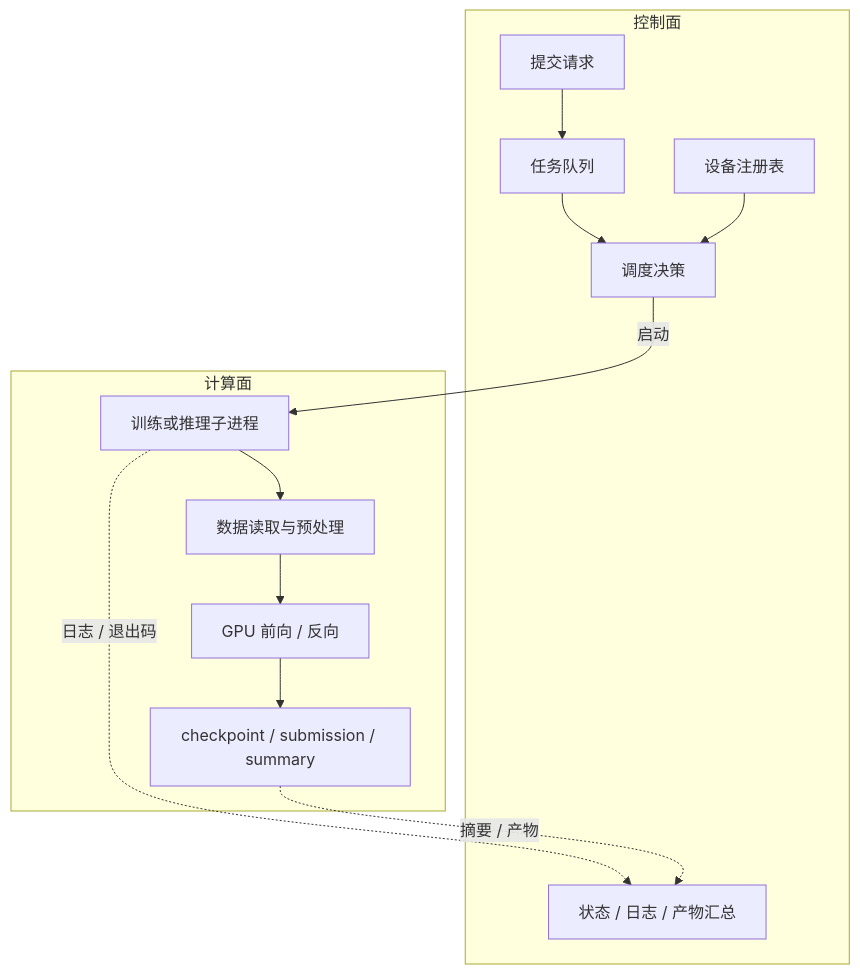
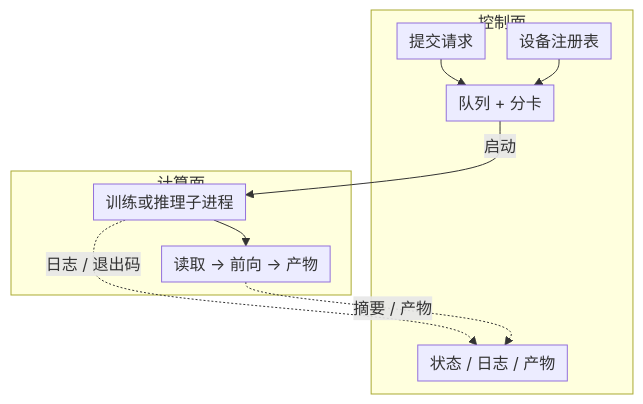
One commit to cixiy1/Yuki-blog changed the second of 9 diagrams in src/content/posts/chest-smart-diagnosis.md. Above: the diagram before and after it, drawn with Mermaid. The commit also changed other lines of this file, not shown here.

First line of the commit message:
fix(posts): 架构图在深色模式下字太小发灰

````diff
--- a/src/content/posts/chest-smart-diagnosis.md
+++ b/src/content/posts/chest-smart-diagnosis.md
@@ -67,22 +68,15 @@
 ```mermaid
+%%{init: {"flowchart": {"nodeSpacing": 22, "rankSpacing": 26, "padding": 6, "wrappingWidth": 170}}}%%
 flowchart TB
   subgraph Control["控制面"]
-    Submit["提交请求"]
-    Queue["任务队列"]
-    Device["设备注册表"]
-    Dispatch["调度决策"]
-    Reports["状态 / 日志 / 产物汇总"]
+    Submit["提交请求"] --> Dispatch["队列 + 分卡"]
+    Device["设备注册表"] --> Dispatch
+    Reports["状态 / 日志 / 产物"]
   end
   subgraph Compute["计算面"]
-    Process["训练或推理子进程"]
-    Data["数据读取与预处理"]
-    GPU["GPU 前向 / 反向"]
-    Output["checkpoint / submission / summary"]
+    Process["训练或推理子进程"] --> IO["读取 → 前向 → 产物"]
   end
-  Submit --> Queue --> Dispatch
-  Device --> Dispatch
   Dispatch -->|"启动"| Process
-  Process --> Data --> GPU --> Output
   Process -.->|"日志 / 退出码"| Reports
-  Output -.->|"摘要 / 产物"| Reports
+  IO -.->|"摘要 / 产物"| Reports
 ```
````
